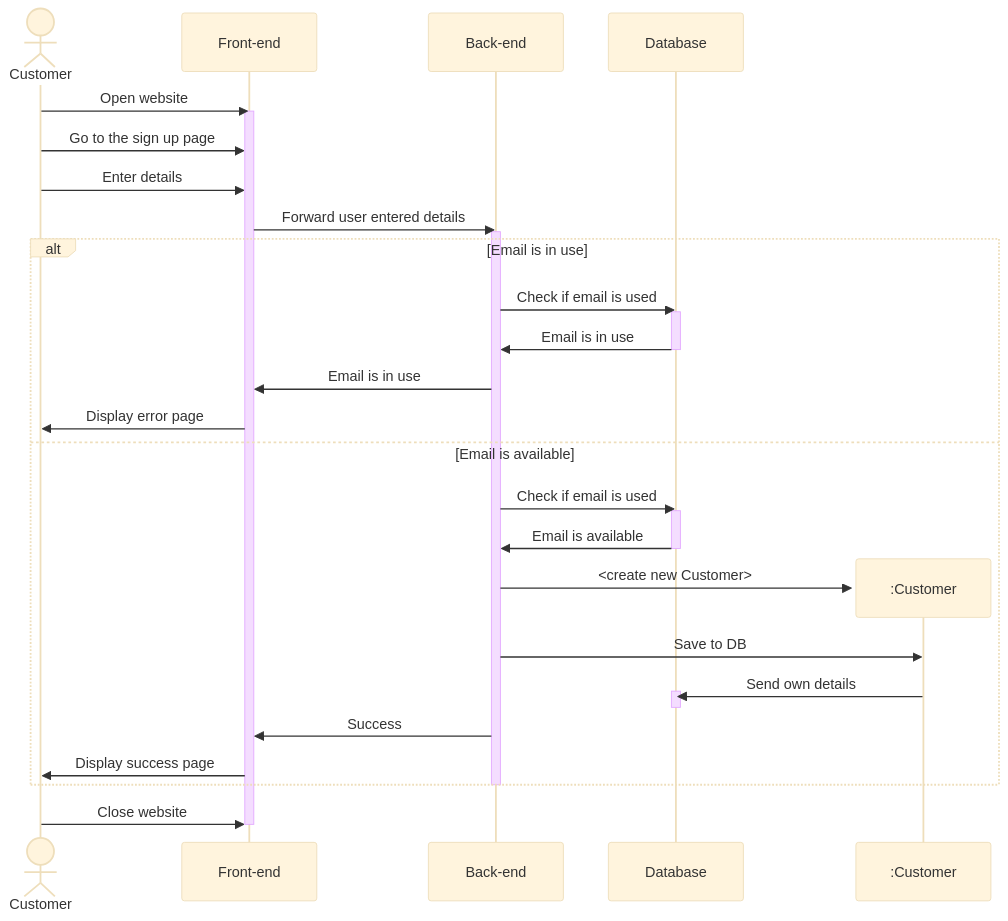
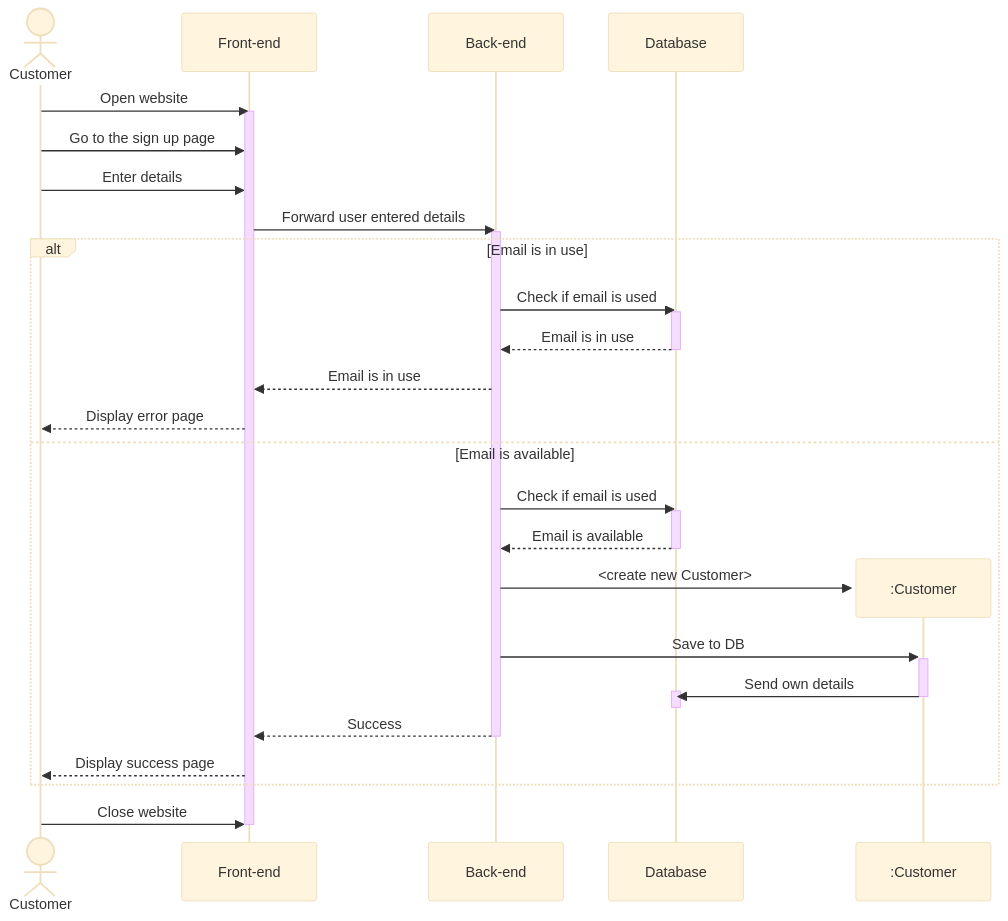
One commit to MCBUKimono/docs changed the diagram in sequence_1_customer_registration.mermaid. Above: the diagram before and after it, drawn with Mermaid (base theme). The commit also changed 5 other files, not shown here.

```diff
--- a/sequence_1_customer_registration.mermaid
+++ b/sequence_1_customer_registration.mermaid
@@ -1,37 +1,36 @@
 sequenceDiagram
     actor Customer
     participant FE as Front-end
     participant BE as Back-end
 
     Customer ->> FE: Open website
     activate FE
     Customer ->> FE: Go to the sign up page
     Customer ->> FE: Enter details
     FE ->> BE: Forward user entered details
     activate BE
     alt Email is in use
         BE ->> DB: Check if email is used
         activate DB
-        DB ->> BE: Email is in use
+        DB -->> BE: Email is in use
         deactivate DB
-        BE ->> FE: Email is in use
-        FE ->> Customer: Display error page
+        BE -->> FE: Email is in use
+        FE -->> Customer: Display error page
     else Email is available
         BE ->> DB: Check if email is used
         activate DB
-        DB ->> BE: Email is available
+        DB -->> BE: Email is available
         deactivate DB
         create participant CustomerObj as :Customer
         BE ->> CustomerObj: <create new Customer>
-        BE ->> CustomerObj: Save to DB
-        CustomerObj ->> DB: Send own details
+        BE ->>+ CustomerObj: Save to DB
+        CustomerObj ->>- DB: Send own details
         activate DB
         deactivate DB
-        BE ->> FE: Success
-        FE ->> Customer: Display success page
+        BE -->>- FE: Success
+        FE -->> Customer: Display success page
     end
-    deactivate BE
     Customer ->> FE: Close website
     deactivate FE
 
     participant DB as Database
```
